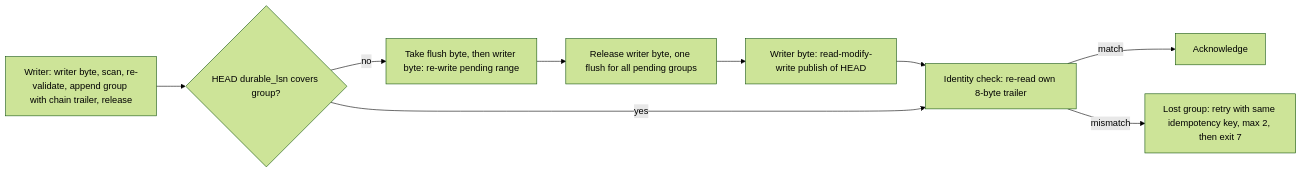
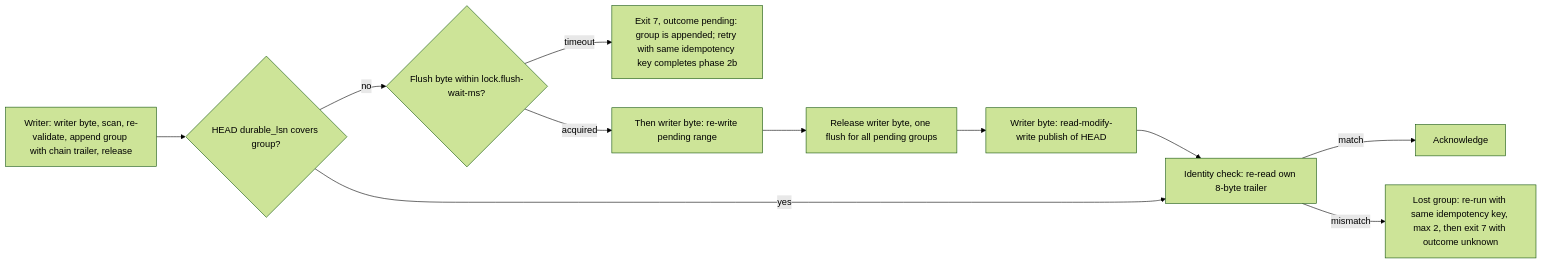
One commit to bluesteelll/moirai changed the diagram in docs/architecture-approval-ru/12-platform.md. Above: the diagram before and after it, drawn with Mermaid (forest theme). The commit also changed other lines of this file and 17 other files, not shown here.

First line of the commit message:
Complete the Russian architecture description for owner approval

````diff
--- a/docs/architecture-approval-ru/12-platform.md
+++ b/docs/architecture-approval-ru/12-platform.md
@@ -89,11 +87,13 @@
 ```mermaid
 flowchart LR
   A["Writer: writer byte, scan, re-validate, append group with chain trailer, release"] --> B{"HEAD durable_lsn covers group?"}
-  B -- "no" --> C["Take flush byte, then writer byte: re-write pending range"]
+  B -- "no" --> T{"Flush byte within lock.flush-wait-ms?"}
+  T -- "timeout" --> P["Exit 7, outcome pending: group is appended; retry with same idempotency key completes phase 2b"]
+  T -- "acquired" --> C["Then writer byte: re-write pending range"]
   C --> D["Release writer byte, one flush for all pending groups"]
   D --> E["Writer byte: read-modify-write publish of HEAD"]
   E --> F["Identity check: re-read own 8-byte trailer"]
   B -- "yes" --> F
   F -- "match" --> G["Acknowledge"]
-  F -- "mismatch" --> H["Lost group: retry with same idempotency key, max 2, then exit 7"]
+  F -- "mismatch" --> H["Lost group: re-run with same idempotency key, max 2, then exit 7 with outcome unknown"]
 ```
````
